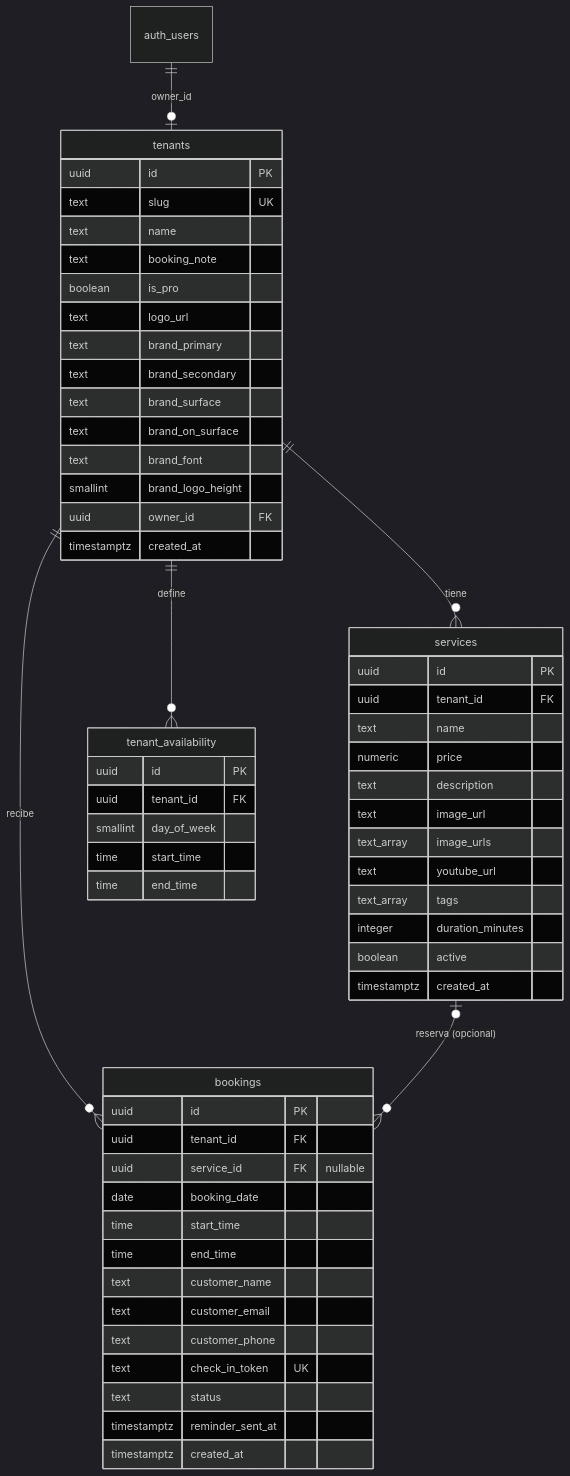
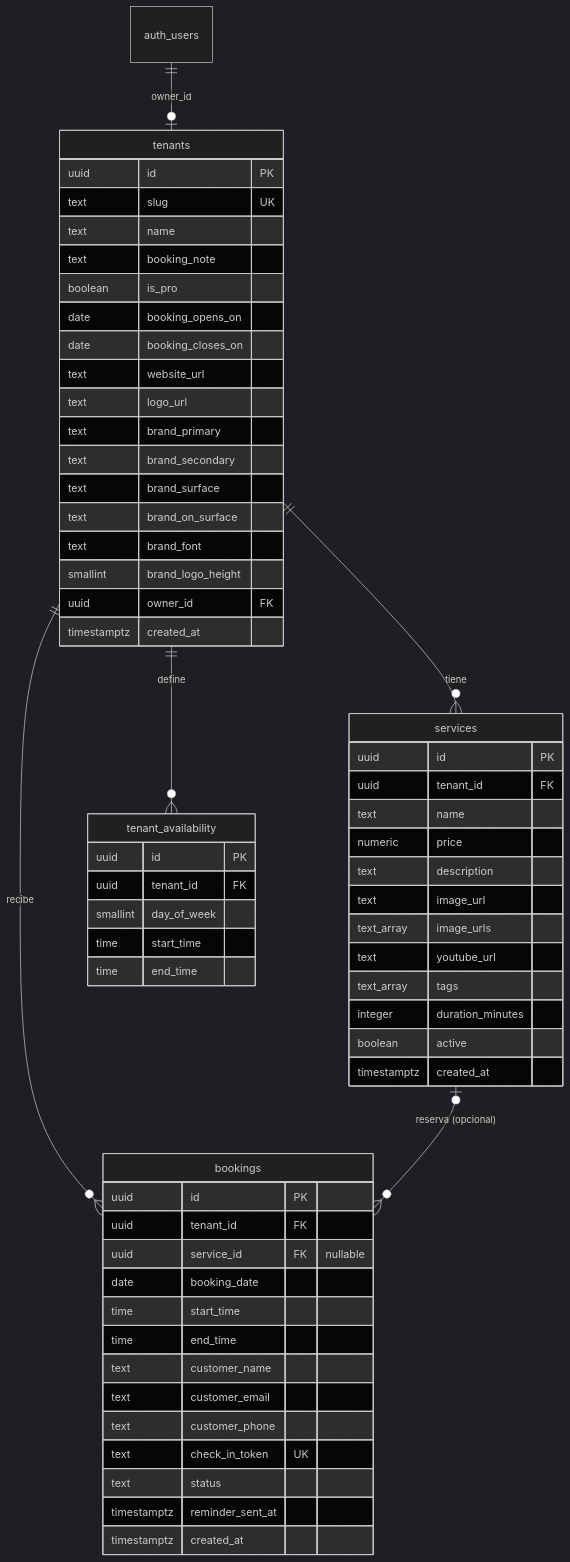
One commit to Manoplo/fastbook changed the diagram in fastbook-roadmap.md. Above: the diagram before and after it, drawn with Mermaid (dark theme). The commit also changed other lines of this file and 35 other files, not shown here.

Commit message:
feat: min and max date, website url

````diff
--- a/fastbook-roadmap.md
+++ b/fastbook-roadmap.md
@@ -218,64 +225,67 @@
 ```mermaid
 erDiagram
   auth_users ||--o| tenants : "owner_id"
   tenants ||--o{ services : "tiene"
   tenants ||--o{ tenant_availability : "define"
   tenants ||--o{ bookings : "recibe"
   services |o--o{ bookings : "reserva (opcional)"
 
   tenants {
     uuid id PK
     text slug UK
     text name
     text booking_note
     boolean is_pro
+    date booking_opens_on
+    date booking_closes_on
+    text website_url
     text logo_url
     text brand_primary
     text brand_secondary
     text brand_surface
     text brand_on_surface
     text brand_font
     smallint brand_logo_height
     uuid owner_id FK
     timestamptz created_at
   }
 
   services {
     uuid id PK
     uuid tenant_id FK
     text name
     numeric price
     text description
     text image_url
     text_array image_urls
     text youtube_url
     text_array tags
     integer duration_minutes
     boolean active
     timestamptz created_at
   }
 
   tenant_availability {
     uuid id PK
     uuid tenant_id FK
     smallint day_of_week
     time start_time
     time end_time
   }
 
   bookings {
     uuid id PK
     uuid tenant_id FK
     uuid service_id FK "nullable"
     date booking_date
     time start_time
     time end_time
     text customer_name
     text customer_email
     text customer_phone
     text check_in_token UK
     text status
     timestamptz reminder_sent_at
     timestamptz created_at
   }
 ```
````
